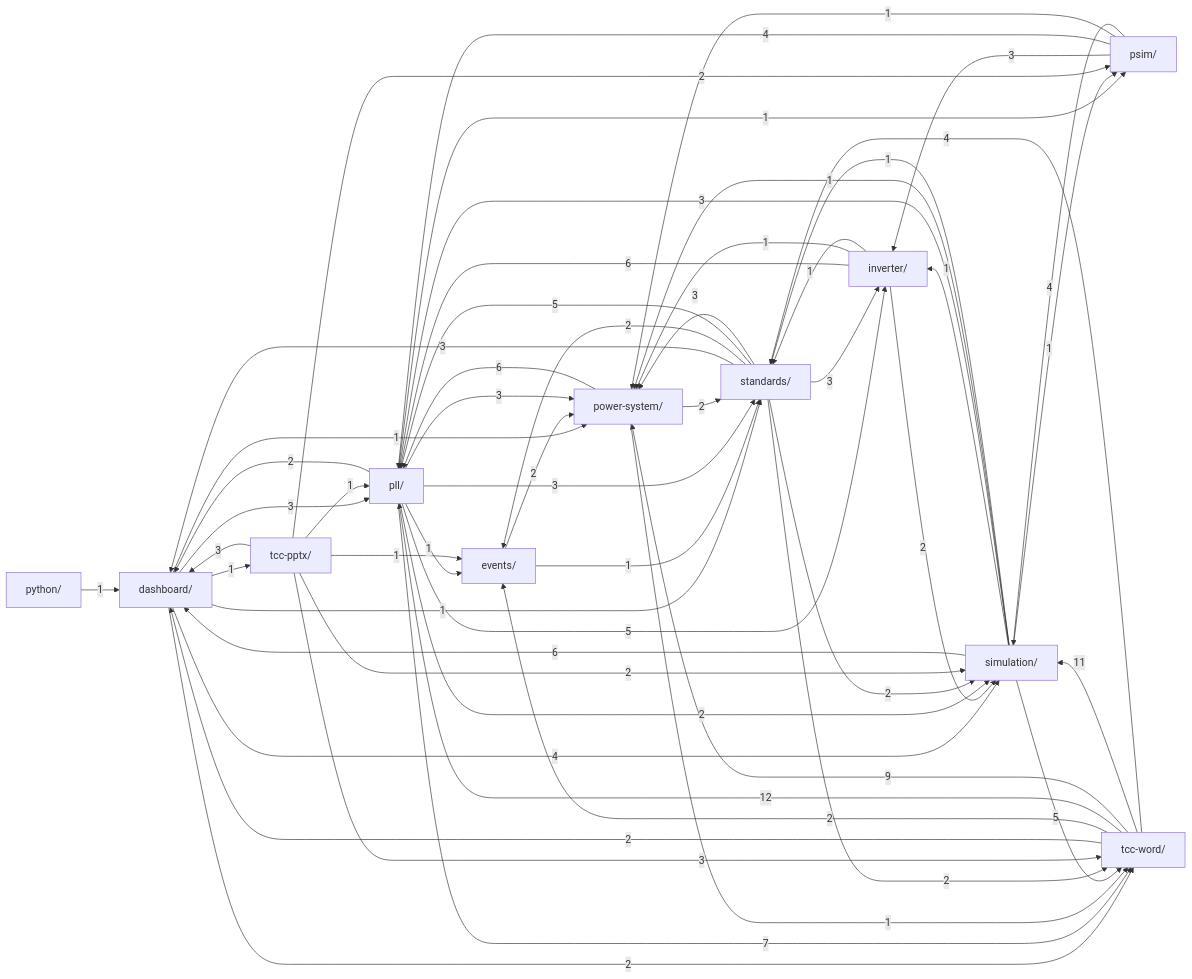
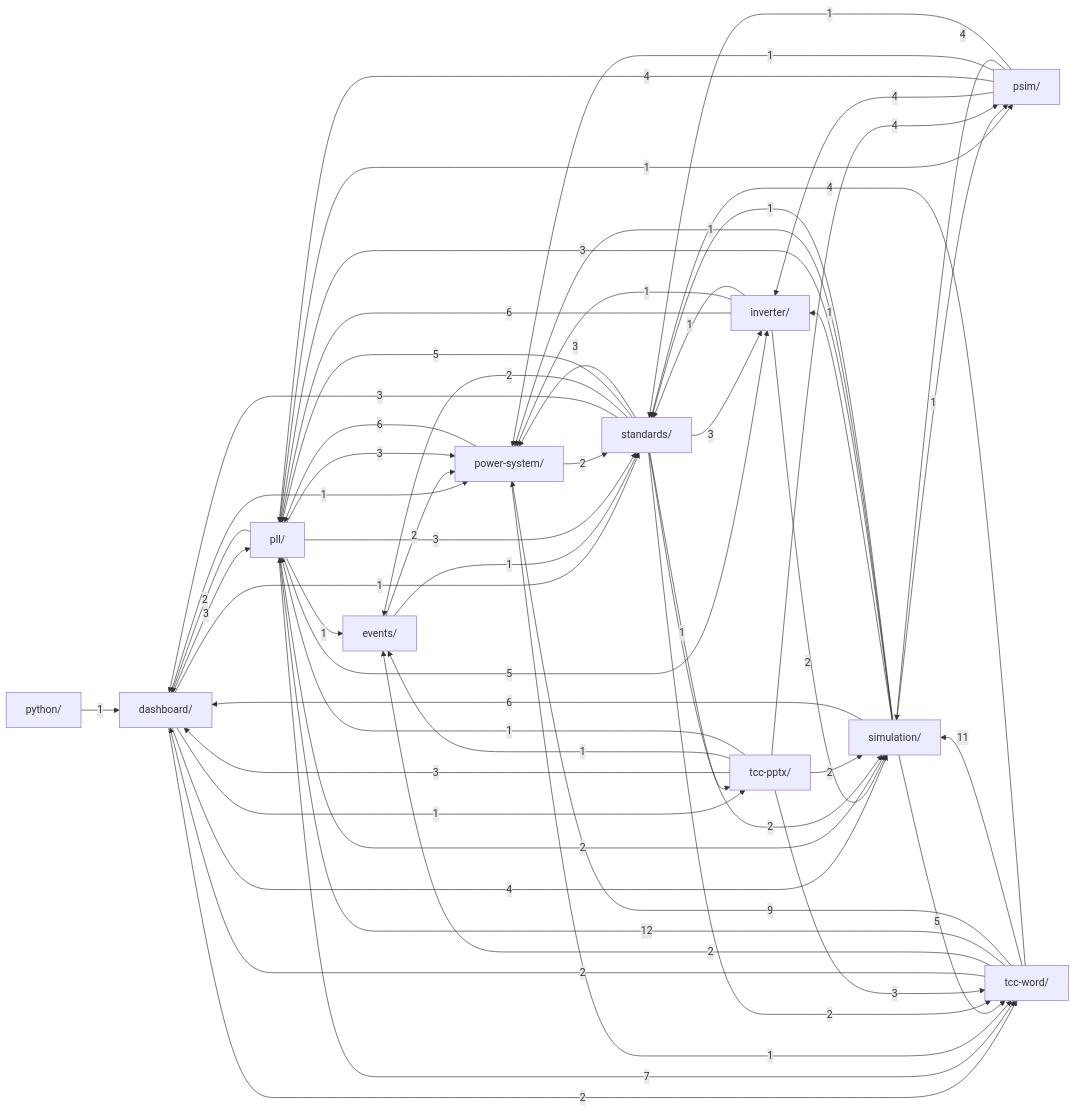
The diagram in .claude/kb/grafo.md (GGHB0/pll_stability_9bus), drawn with Mermaid before and after one commit. The commit also changed 21 other files, not shown here.

````diff
--- a/.claude/kb/grafo.md
+++ b/.claude/kb/grafo.md
@@ -12,68 +12,70 @@
 ```mermaid
 graph LR
     dashboard["dashboard/"]
     events["events/"]
     inverter["inverter/"]
     pll["pll/"]
     power_system["power-system/"]
     psim["psim/"]
     python["python/"]
     simulation["simulation/"]
     standards["standards/"]
     tcc_pptx["tcc-pptx/"]
     tcc_word["tcc-word/"]
     dashboard -->|3| pll
     dashboard -->|1| power_system
     dashboard -->|4| simulation
     dashboard -->|1| standards
     dashboard -->|1| tcc_pptx
     dashboard -->|2| tcc_word
     events -->|2| power_system
     events -->|1| standards
     inverter -->|6| pll
     inverter -->|1| power_system
     inverter -->|2| simulation
     inverter -->|1| standards
     pll -->|2| dashboard
     pll -->|1| events
     pll -->|5| inverter
     pll -->|3| power_system
     pll -->|1| psim
     pll -->|2| simulation
     pll -->|3| standards
     pll -->|7| tcc_word
     power_system -->|6| pll
     power_system -->|2| standards
     power_system -->|1| tcc_word
-    psim -->|3| inverter
+    psim -->|4| inverter
     psim -->|4| pll
     psim -->|1| power_system
     psim -->|4| simulation
+    psim -->|1| standards
     python -->|1| dashboard
     simulation -->|6| dashboard
     simulation -->|1| inverter
     simulation -->|3| pll
     simulation -->|1| power_system
     simulation -->|1| psim
     simulation -->|1| standards
     simulation -->|5| tcc_word
     standards -->|3| dashboard
     standards -->|2| events
     standards -->|3| inverter
     standards -->|5| pll
     standards -->|3| power_system
     standards -->|2| simulation
+    standards -->|1| tcc_pptx
     standards -->|2| tcc_word
     tcc_pptx -->|3| dashboard
     tcc_pptx -->|1| events
     tcc_pptx -->|1| pll
-    tcc_pptx -->|2| psim
+    tcc_pptx -->|4| psim
     tcc_pptx -->|2| simulation
     tcc_pptx -->|3| tcc_word
     tcc_word -->|2| dashboard
     tcc_word -->|2| events
     tcc_word -->|12| pll
     tcc_word -->|9| power_system
     tcc_word -->|11| simulation
     tcc_word -->|4| standards
 ```
````
